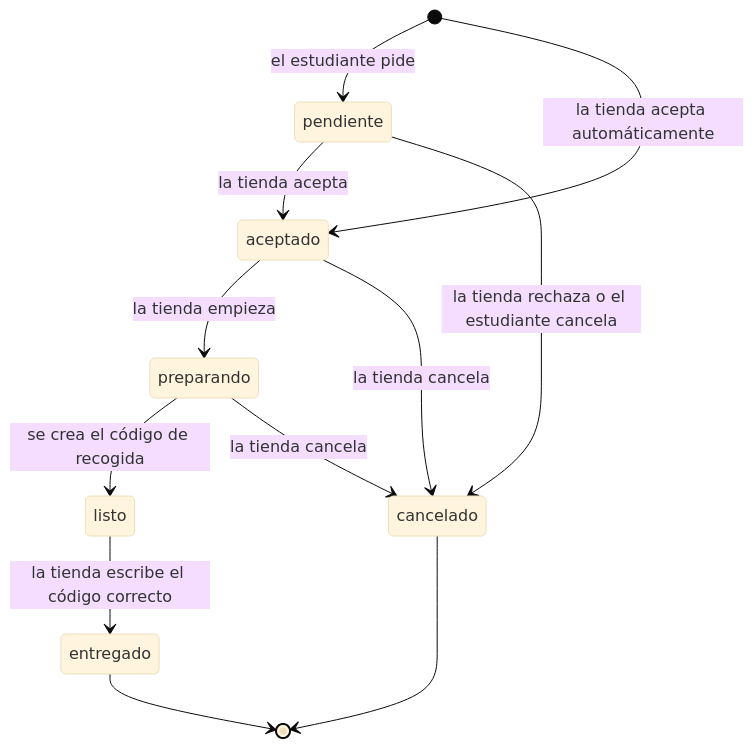
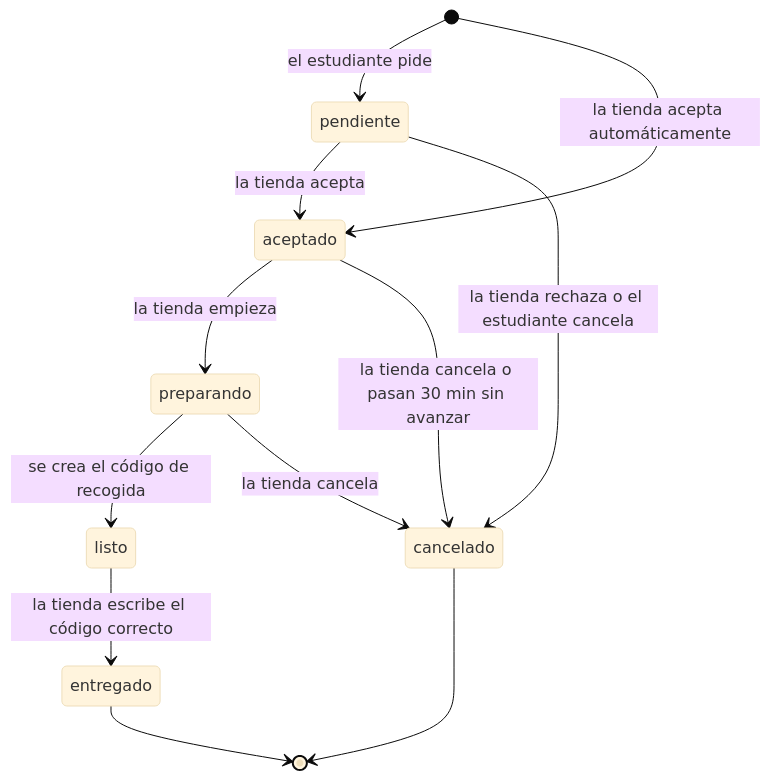
The fourth of 6 diagrams in ARQUITECTURA.md (neyderab/BEE), drawn with Mermaid (base theme) before and after one commit. The commit also changed other lines of this file and 5 other files, not shown here.

First line of the commit message:
Cancela solos los pedidos aceptados que pasan 30 minutos sin avanzar

````diff
--- a/ARQUITECTURA.md
+++ b/ARQUITECTURA.md
@@ -244,14 +244,14 @@
 ```mermaid
 stateDiagram-v2
     [*] --> pendiente: el estudiante pide
     [*] --> aceptado: la tienda acepta automáticamente
     pendiente --> aceptado: la tienda acepta
     pendiente --> cancelado: la tienda rechaza o el estudiante cancela
     aceptado --> preparando: la tienda empieza
-    aceptado --> cancelado: la tienda cancela
+    aceptado --> cancelado: la tienda cancela o pasan 30 min sin avanzar
     preparando --> listo: se crea el código de recogida
     preparando --> cancelado: la tienda cancela
     listo --> entregado: la tienda escribe el código correcto
     entregado --> [*]
     cancelado --> [*]
 ```
````
